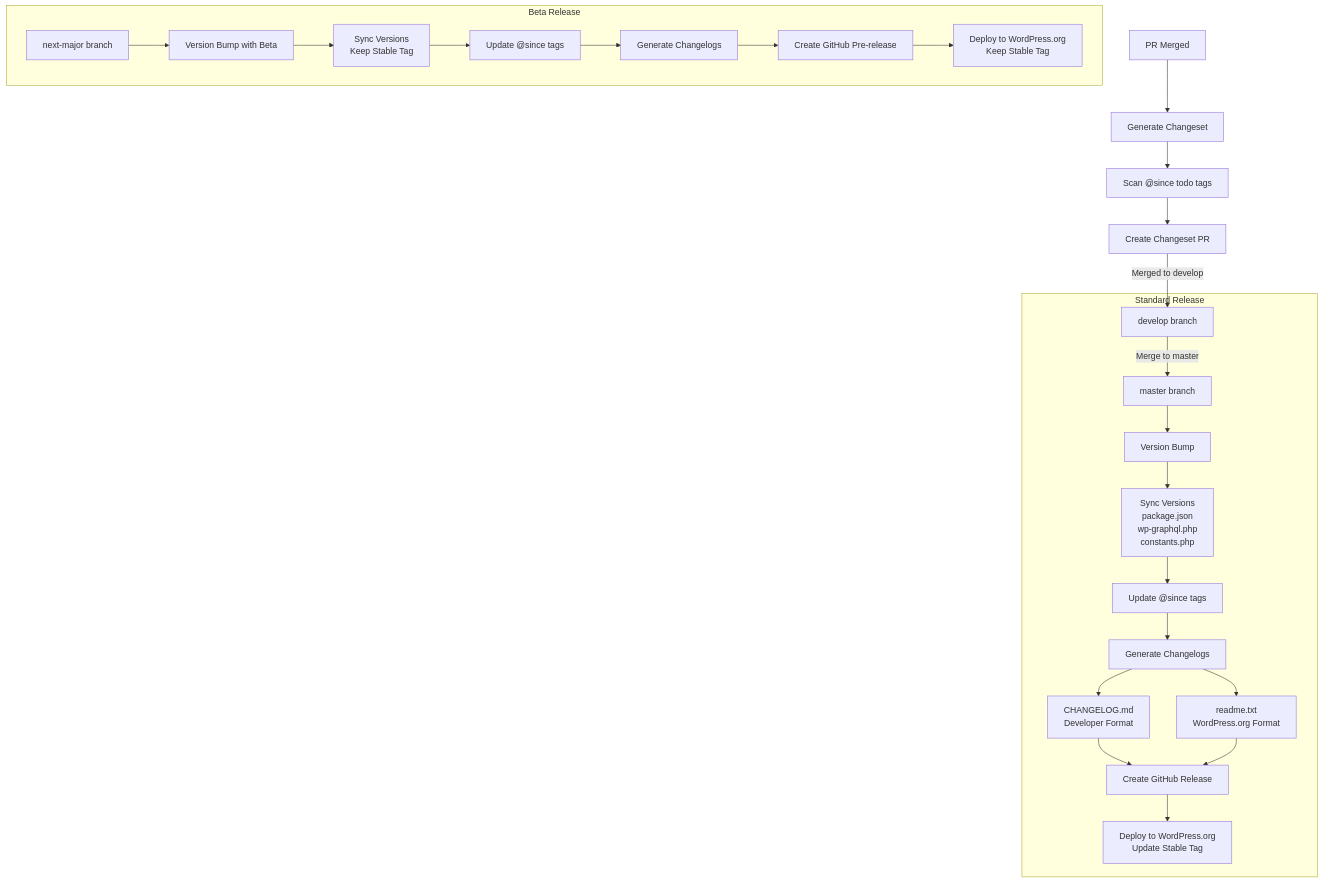
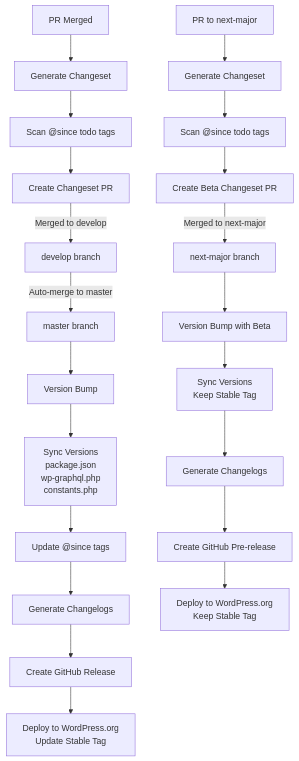
Before and after one commit to wp-graphql/wp-graphql: the diagram in .github/workflows/README.md, drawn with Mermaid. The commit also changed other lines of this file and 9 other files, not shown here.

````diff
--- a/.github/workflows/README.md
+++ b/.github/workflows/README.md
@@ -28,34 +31,28 @@
 ```mermaid
 flowchart TD
     %% PR and Changeset Process
     PR[PR Merged] --> GC[Generate Changeset]
     GC --> ST[Scan @since todo tags]
     ST --> CPR[Create Changeset PR]
-    CPR --> |Merged to develop| DEV[develop branch]
 
     %% Standard Release Flow
-    subgraph "Standard Release"
-        DEV --> |Merge to master| M[master branch]
-        M --> VB[Version Bump]
-        VB --> SV[Sync Versions<br/>package.json<br/>wp-graphql.php<br/>constants.php]
-        SV --> US[Update @since tags]
-        US --> CL[Generate Changelogs]
-
-        %% Changelog Generation
-        CL --> MD[CHANGELOG.md<br/>Developer Format]
-        CL --> RT[readme.txt<br/>WordPress.org Format]
-
-        MD & RT --> GR[Create GitHub Release]
-        GR --> WO[Deploy to WordPress.org<br/>Update Stable Tag]
-    end
+    CPR --> |Merged to develop| DEV[develop branch]
+    DEV --> |Auto-merge to master| M[master branch]
+    M --> VB[Version Bump]
+    VB --> SV[Sync Versions<br/>package.json<br/>wp-graphql.php<br/>constants.php]
+    SV --> US[Update @since tags]
+    US --> CL[Generate Changelogs]
+    CL --> GR[Create GitHub Release]
+    GR --> WO[Deploy to WordPress.org<br/>Update Stable Tag]
 
     %% Beta Release Flow
-    subgraph "Beta Release"
-        B[next-major branch] --> BV[Version Bump with Beta]
-        BV --> BSV[Sync Versions<br/>Keep Stable Tag]
-        BSV --> BUS[Update @since tags]
-        BUS --> BCL[Generate Changelogs]
-        BCL --> BGR[Create GitHub Pre-release]
-        BGR --> BWO[Deploy to WordPress.org<br/>Keep Stable Tag]
-    end
+    PR2[PR to next-major] --> GC2[Generate Changeset]
+    GC2 --> ST2[Scan @since todo tags]
+    ST2 --> CPR2[Create Beta Changeset PR]
+    CPR2 --> |Merged to next-major| NM[next-major branch]
+    NM --> BV[Version Bump with Beta]
+    BV --> BSV[Sync Versions<br/>Keep Stable Tag]
+    BSV --> BCL[Generate Changelogs]
+    BCL --> BGR[Create GitHub Pre-release]
+    BGR --> BWO[Deploy to WordPress.org<br/>Keep Stable Tag]
 ```
````
